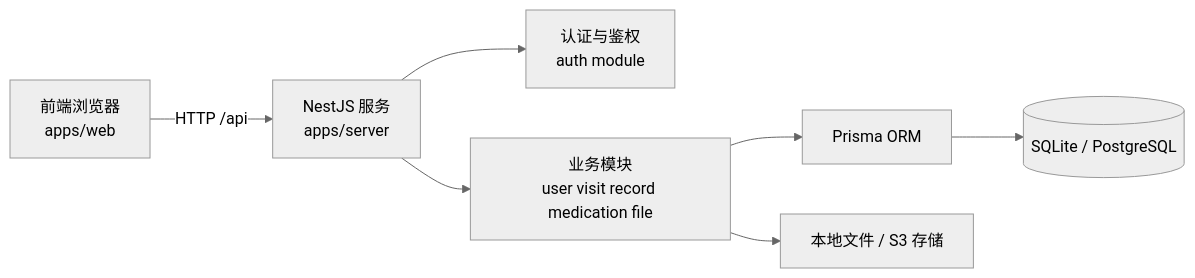
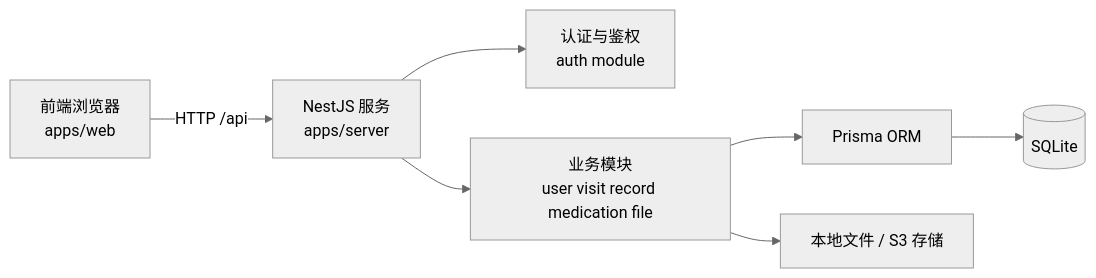
Before and after one commit to ayxixi/medical-system: the first of 8 diagrams in docs/ARCHITECTURE.md, drawn with Mermaid (neutral theme). The commit also changed other lines of this file and 12 other files, not shown here.

````diff
--- a/docs/ARCHITECTURE.md
+++ b/docs/ARCHITECTURE.md
@@ -45,9 +45,9 @@
 ```mermaid
 flowchart LR
   Browser[前端浏览器\napps/web] -->|HTTP /api| API[NestJS 服务\napps/server]
   API --> Auth[认证与鉴权\nauth module]
   API --> Domain[业务模块\nuser visit record medication file]
   Domain --> Prisma[Prisma ORM]
-  Prisma --> DB[(SQLite / PostgreSQL)]
+  Prisma --> DB[(SQLite)]
   Domain --> Storage[本地文件 / S3 存储]
 ```
````
